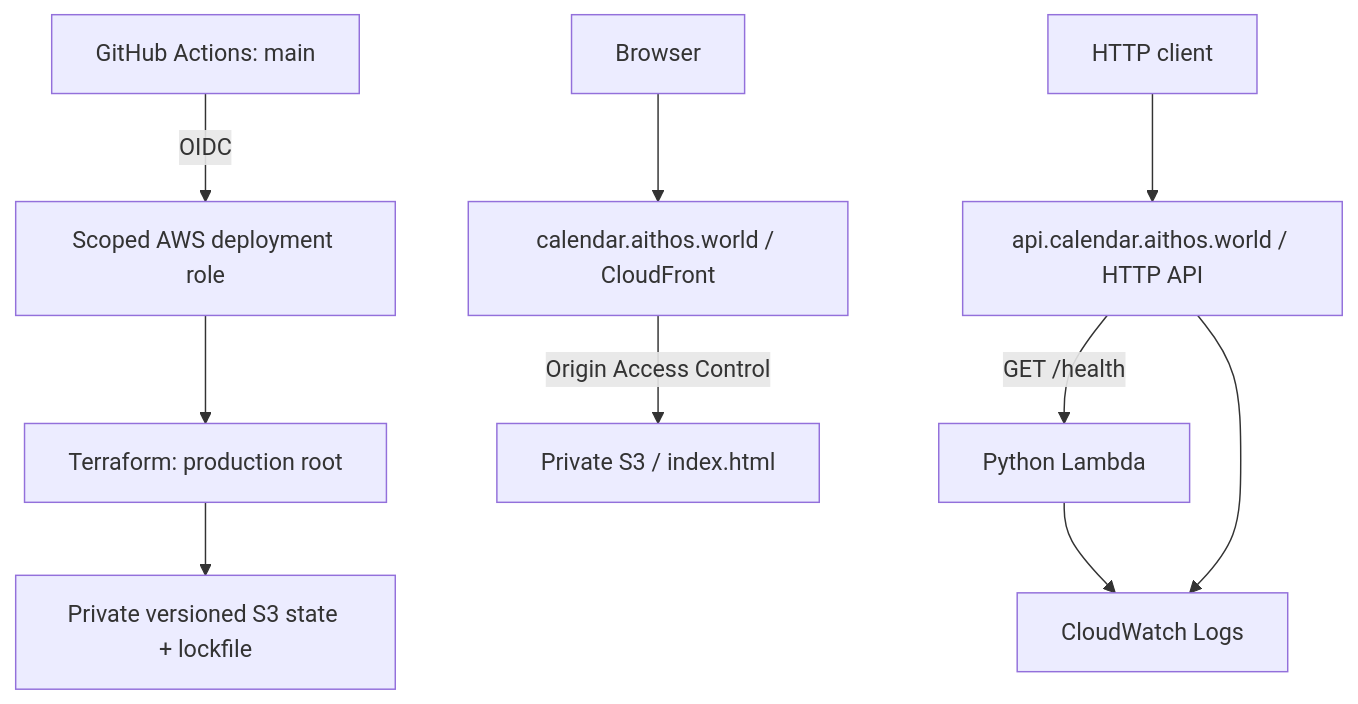
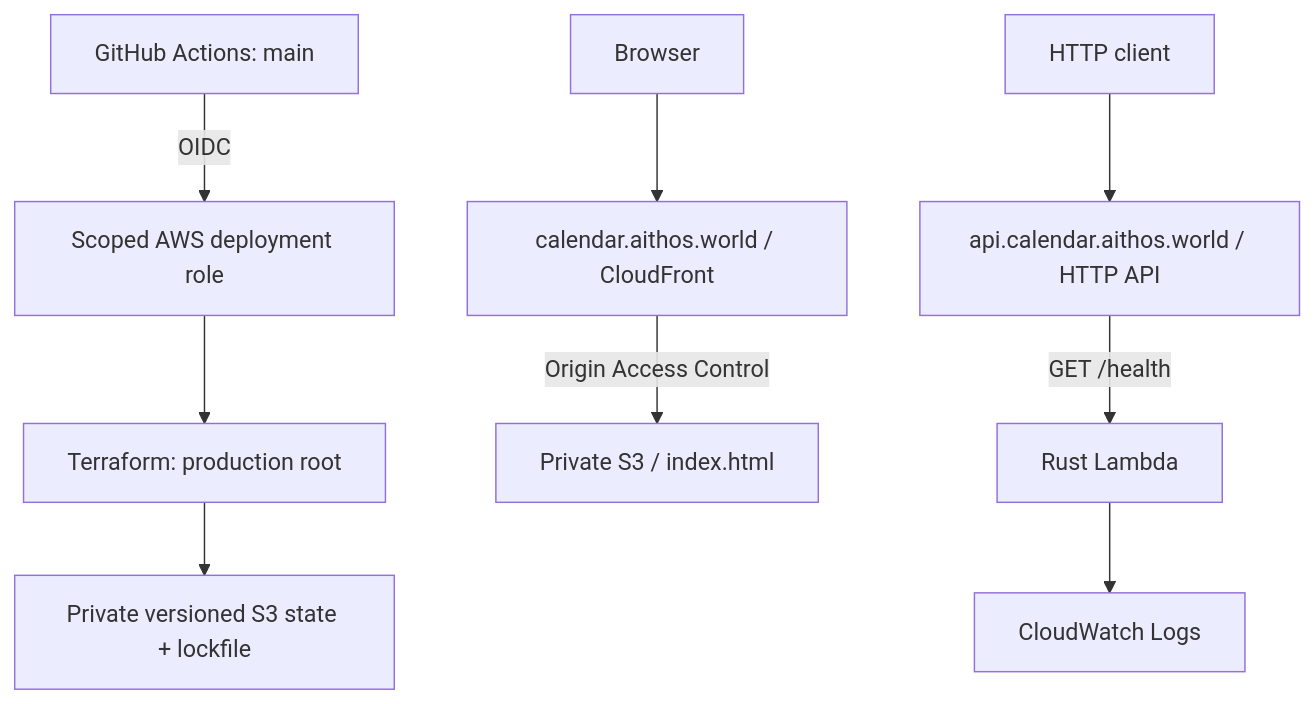
Before and after one commit to Math1987/aithos-calendar: the diagram in docs/architecture.md, drawn with Mermaid. The commit also changed other lines of this file and 12 other files, not shown here.

Commit message:
Migrate health Lambda to Rust and align A2A roadmap

````diff
--- a/docs/architecture.md
+++ b/docs/architecture.md
@@ -27,12 +27,11 @@
 ```mermaid
 flowchart TD
     GitHub[GitHub Actions: main] -->|OIDC| Deploy[Scoped AWS deployment role]
     Deploy --> TF[Terraform: production root]
     TF --> State[Private versioned S3 state + lockfile]
     Browser[Browser] --> Web[calendar.aithos.world / CloudFront]
     Web -->|Origin Access Control| Assets[Private S3 / index.html]
     Client[HTTP client] --> API[api.calendar.aithos.world / HTTP API]
-    API -->|GET /health| Lambda[Python Lambda]
+    API -->|GET /health| Lambda[Rust Lambda]
     Lambda --> Logs[CloudWatch Logs]
-    API --> Logs
 ```
````
